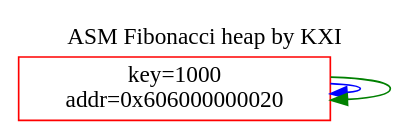
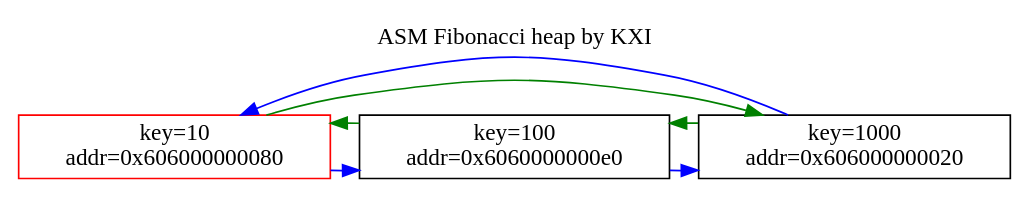
Before and after one commit to kxigor/FibHeap: the diagram in fib_heap.dot, drawn with Graphviz. The commit also changed 4 other files, not shown here.

```diff
--- a/fib_heap.dot
+++ b/fib_heap.dot
@@ -1,12 +1,20 @@
 digraph G {
 labelloc="t"
 label="ASM Fibonacci heap by KXI"
 rankdir=TB;
 node [shape=box];
-{ rank=same; n0x606000000020 [label="key=1000
+{ rank=same; n0x606000000080 [label="key=10
+addr=0x606000000080"];
+n0x606000000080 [color=red];
+n0x606000000080 -> n0x6060000000e0 [color=blue];
+n0x606000000080 -> n0x606000000020 [color=green];
+n0x6060000000e0 [label="key=100
+addr=0x6060000000e0"];
+n0x6060000000e0 -> n0x606000000020 [color=blue];
+n0x6060000000e0 -> n0x606000000080 [color=green];
+n0x606000000020 [label="key=1000
 addr=0x606000000020"];
-n0x606000000020 [color=red];
-n0x606000000020 -> n0x606000000020 [color=blue];
-n0x606000000020 -> n0x606000000020 [color=green];
+n0x606000000020 -> n0x606000000080 [color=blue];
+n0x606000000020 -> n0x6060000000e0 [color=green];
 }
 }
```
